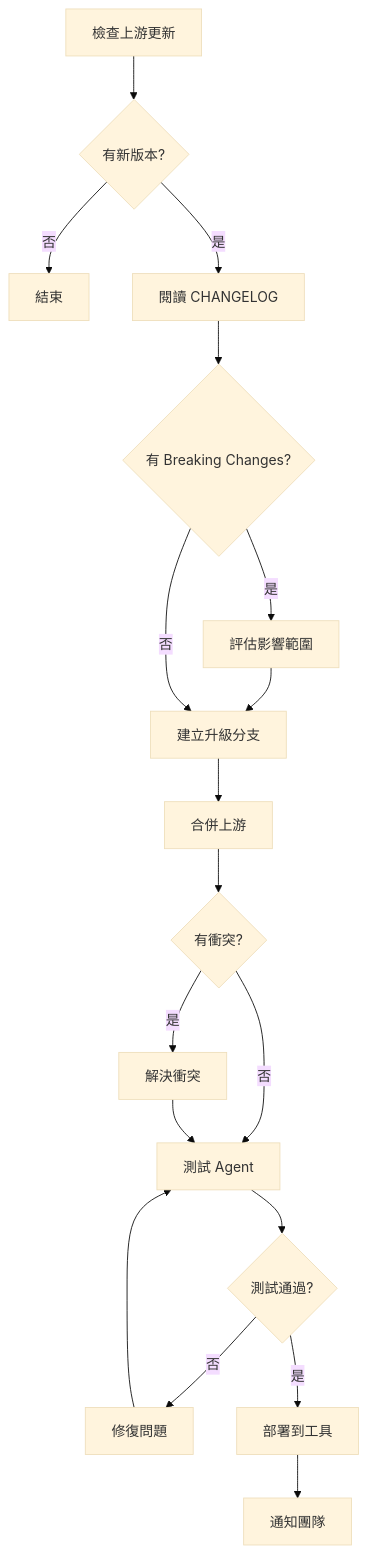
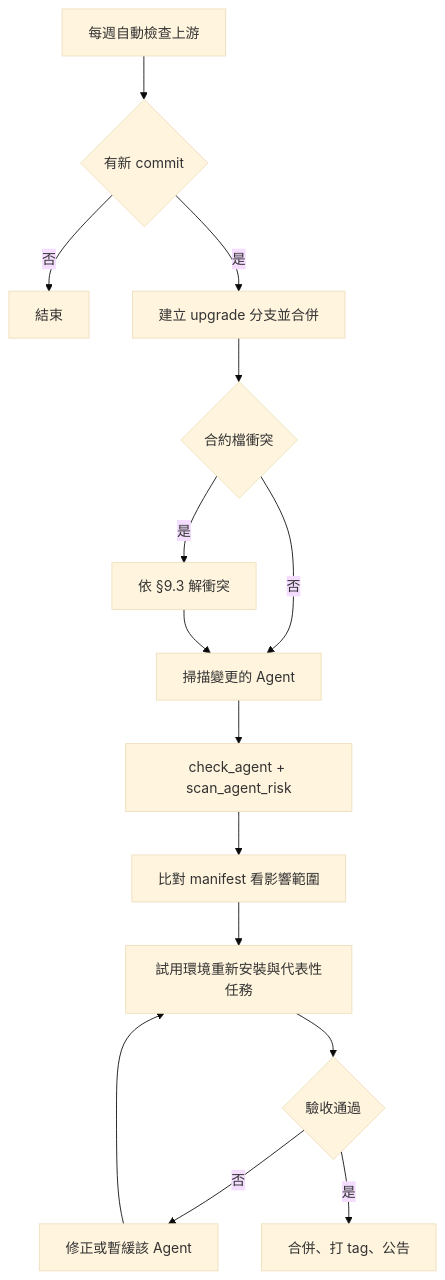
Before and after one commit to chihhung/Blog: diagram 13 of 15 in content/posts/教學/AI開發/agency-agents教學手冊.md, drawn with Mermaid (base theme). The commit also changed other lines of this file and 1 other file, not shown here.

````diff
--- a/content/posts/教學/AI開發/agency-agents教學手冊.md
+++ b/content/posts/教學/AI開發/agency-agents教學手冊.md
@@ -2547,20 +2996,17 @@
 ```mermaid
 graph TD
-    A[檢查上游更新] --> B{有新版本?}
-    B -->|否| C[結束]
-    B -->|是| D[閱讀 CHANGELOG]
-    D --> E{有 Breaking Changes?}
-    E -->|是| F[評估影響範圍]
-    F --> G[建立升級分支]
-    E -->|否| G
-    G --> H[合併上游]
-    H --> I{有衝突?}
-    I -->|是| J[解決衝突]
-    I -->|否| K[測試 Agent]
-    J --> K
-    K --> L{測試通過?}
-    L -->|否| M[修復問題]
-    M --> K
-    L -->|是| N[部署到工具]
-    N --> O[通知團隊]
+    A[每週自動檢查上游] --> B{有新 commit}
+    B -->|否| Z[結束]
+    B -->|是| C[建立 upgrade 分支並合併]
+    C --> D{合約檔衝突}
+    D -->|是| E[依 §9.3 解衝突]
+    D -->|否| F[掃描變更的 Agent]
+    E --> F
+    F --> G[check_agent + scan_agent_risk]
+    G --> H[比對 manifest 看影響範圍]
+    H --> I[試用環境重新安裝與代表性任務]
+    I --> J{驗收通過}
+    J -->|否| K[修正或暫緩該 Agent]
+    K --> I
+    J -->|是| L[合併、打 tag、公告]
 ```
````
